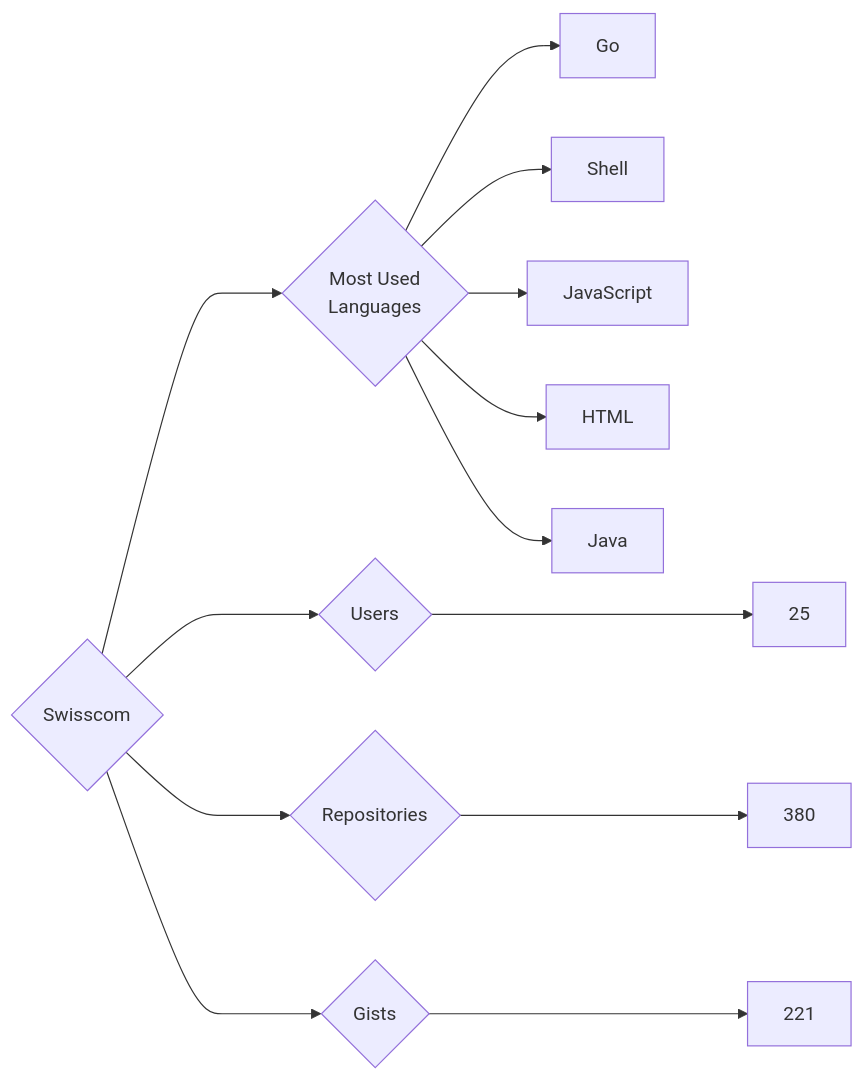
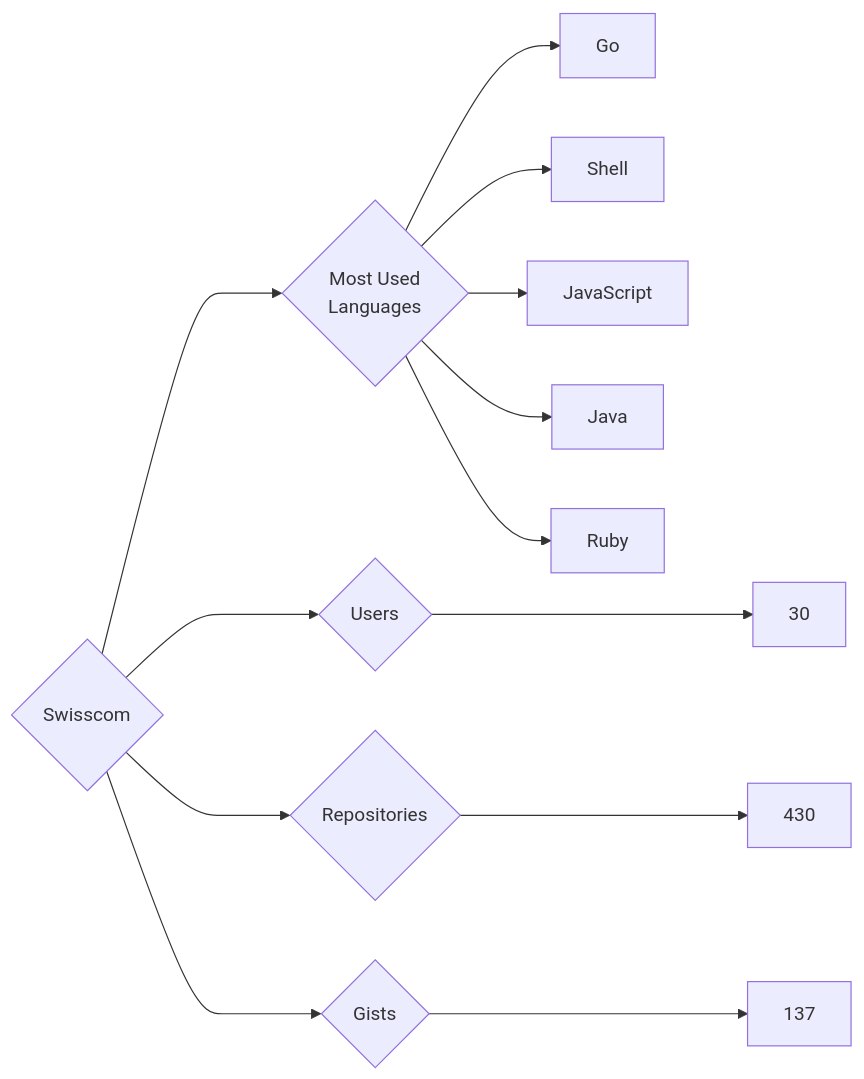
Before and after one commit to trickest/insiders: the diagram in targets/Swisscom/README.md, drawn with Mermaid. The commit also changed 953 other files, not shown here.

````diff
--- a/targets/Swisscom/README.md
+++ b/targets/Swisscom/README.md
@@ -3,13 +3,13 @@
 ```mermaid
 graph LR
 COMPANY_NAME{Swisscom}
-COMPANY_NAME ---> U{Users} ---> UN[25]
-COMPANY_NAME ---> R{Repositories} ---> RN[380]
-COMPANY_NAME ---> G{Gists} ---> GN[221]
+COMPANY_NAME ---> U{Users} ---> UN[30]
+COMPANY_NAME ---> R{Repositories} ---> RN[430]
+COMPANY_NAME ---> G{Gists} ---> GN[137]
 COMPANY_NAME ---> ML{Most Used<br>Languages}
 ML --> Go[Go]
 ML --> Shell[Shell]
 ML --> JavaScript[JavaScript]
-ML --> HTML[HTML]
 ML --> Java[Java]
+ML --> Ruby[Ruby]
 ```
````
